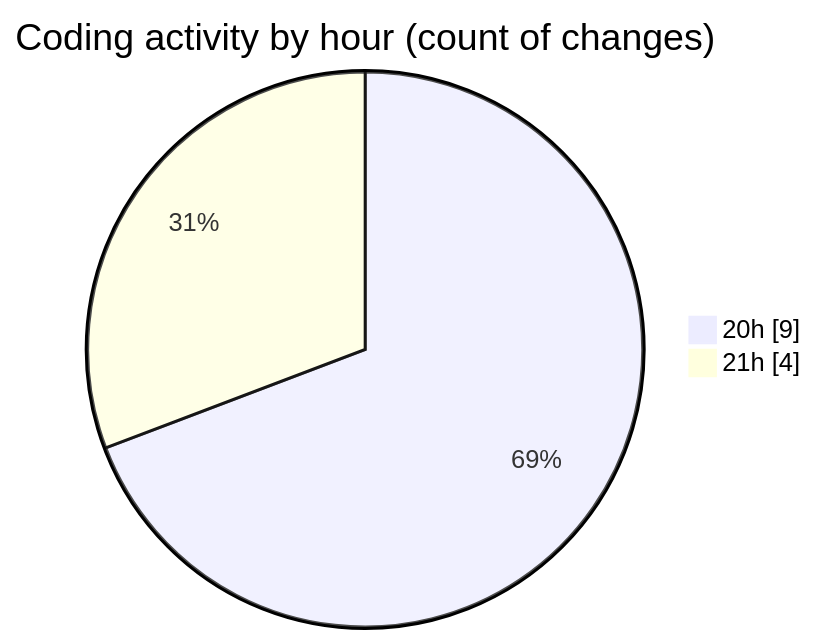
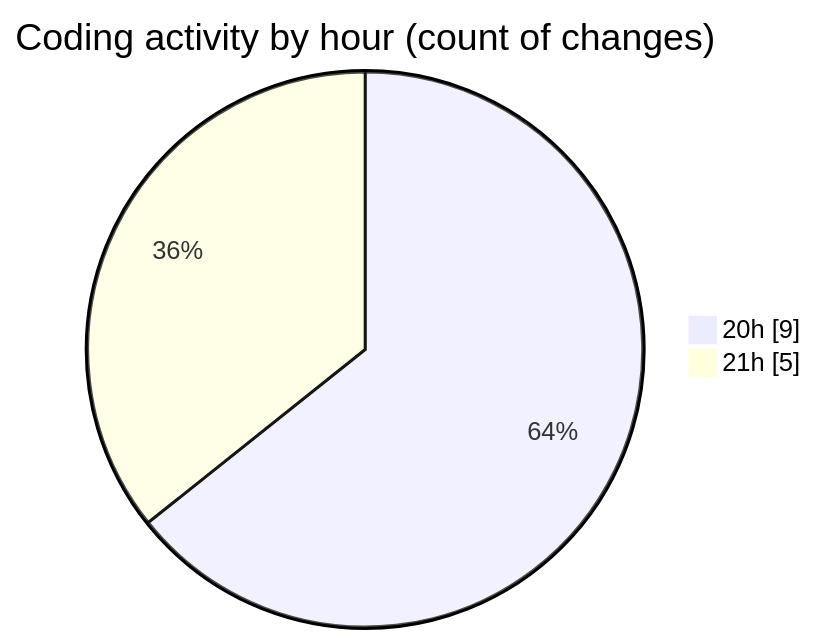
One commit to Ritupan-Deka/code-tracking changed the second of 2 diagrams in 2025-05-21/filetransfer/README.md. Above: the diagram before and after it, drawn with Mermaid. The commit also changed other lines of this file and 1 other file, not shown here.

````diff
--- a/2025-05-21/filetransfer/README.md
+++ b/2025-05-21/filetransfer/README.md
@@ -30,6 +30,6 @@
 ```mermaid
 pie showData
 title Coding activity by hour (count of changes)
 "20h" : 9
-"21h" : 4
+"21h" : 5
 ```
````
